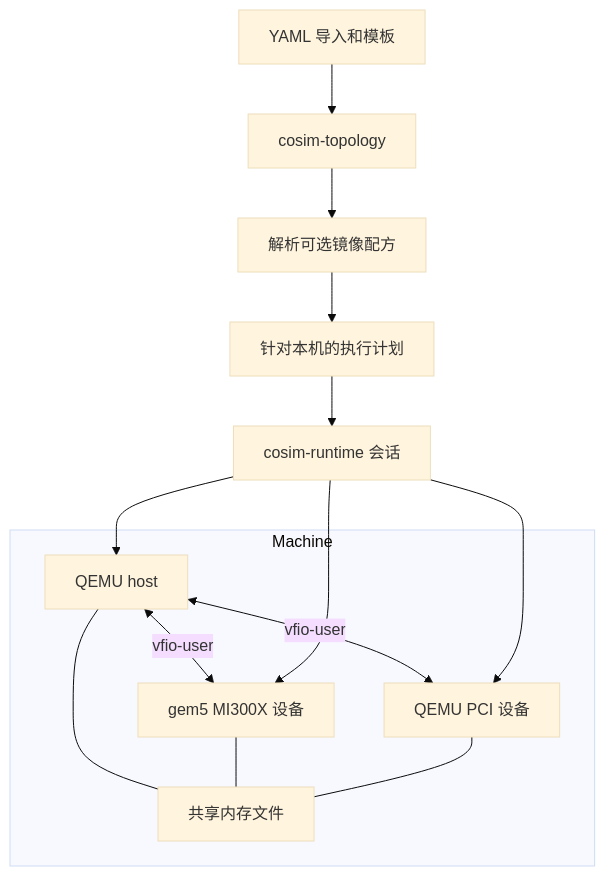
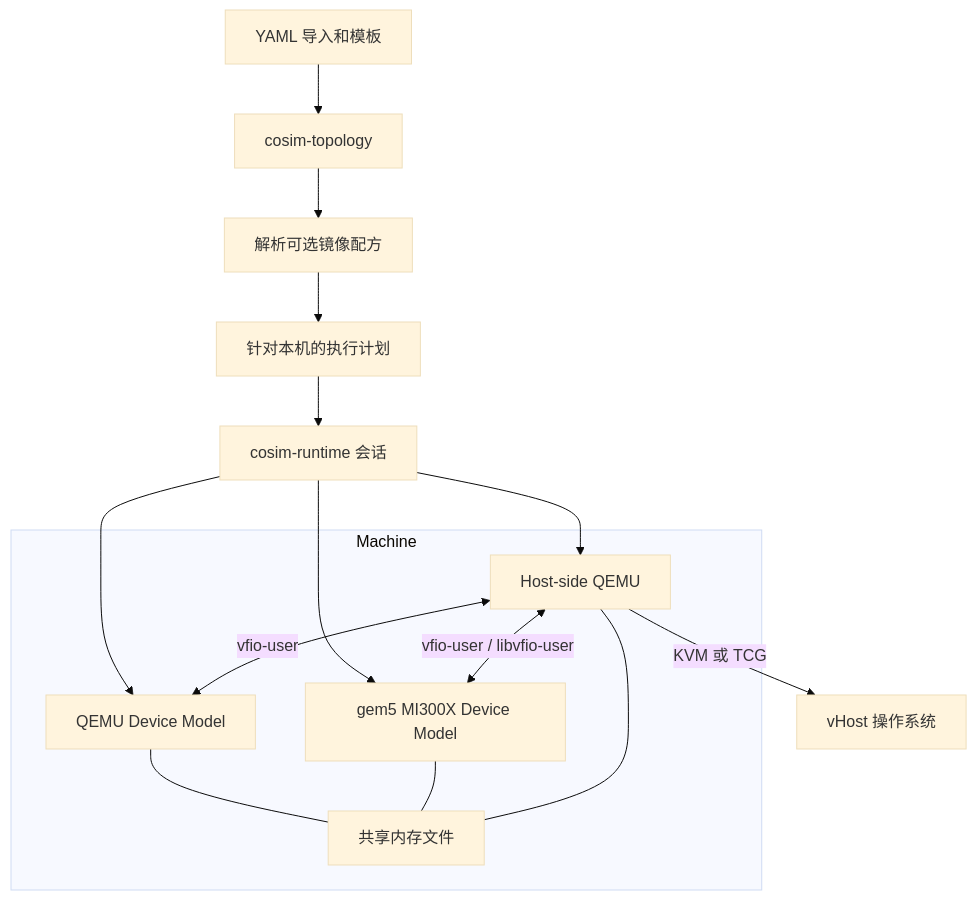
Before and after one commit to chengchen512/cosim-gpu: the first of 3 diagrams in docs/zh/architecture.md, drawn with Mermaid (base theme). The commit also changed other lines of this file and 45 other files, not shown here.

````diff
--- a/docs/zh/architecture.md
+++ b/docs/zh/architecture.md
@@ -12,21 +18,22 @@
 ```mermaid
 flowchart TD
     Y[YAML 导入和模板] --> T[cosim-topology]
     T --> I[解析可选镜像配方]
     I --> P[针对本机的执行计划]
     P --> R[cosim-runtime 会话]
     subgraph M[Machine]
-        H[QEMU host]
-        G[gem5 MI300X 设备]
-        Q[QEMU PCI 设备]
+        H[Host-side QEMU]
+        G[gem5 MI300X Device Model]
+        Q[QEMU Device Model]
         F[共享内存文件]
-        H <-->|vfio-user| G
+        H <-->|vfio-user / libvfio-user| G
         H <-->|vfio-user| Q
         H --- F
         G --- F
         Q --- F
     end
     R --> H
     R --> G
     R --> Q
+    H -->|KVM 或 TCG| V[vHost 操作系统]
 ```
````
